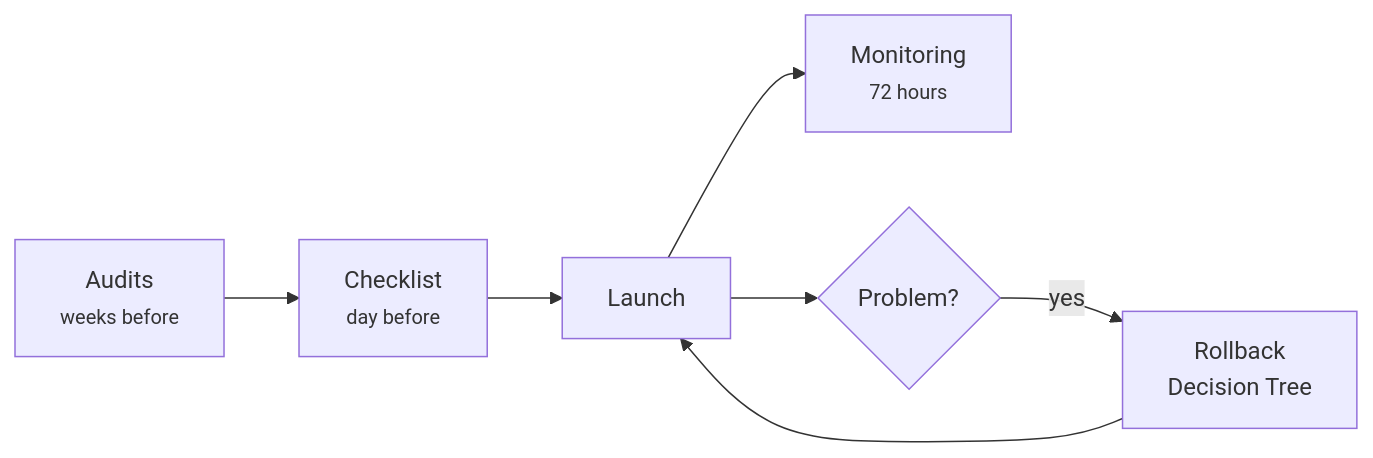
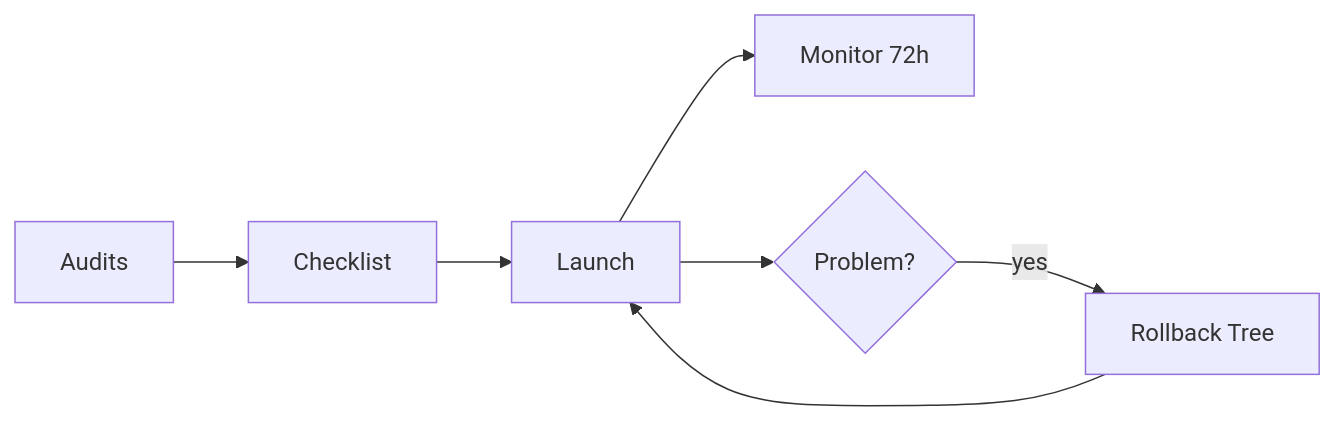
Before and after one commit to penguinboi/preflight-checks: the diagram in README.md, drawn with Mermaid.

Commit message:
Fix mermaid diagram — shorter labels to prevent truncation

````diff
--- a/README.md
+++ b/README.md
@@ -25,9 +25,9 @@
 ```mermaid
 graph LR
-    A["Audits<br/><small>weeks before</small>"] --> B["Checklist<br/><small>day before</small>"]
-    B --> C["Launch"]
-    C --> D["Monitoring<br/><small>72 hours</small>"]
-    C --> E{"Problem?"}
-    E -->|yes| F["Rollback<br/>Decision Tree"]
+    A[Audits] --> B[Checklist]
+    B --> C[Launch]
+    C --> D[Monitor 72h]
+    C --> E{Problem?}
+    E -- yes --> F[Rollback Tree]
     F --> C
 ```
````
